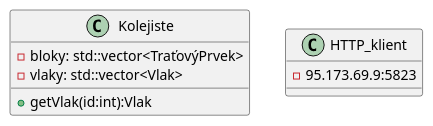
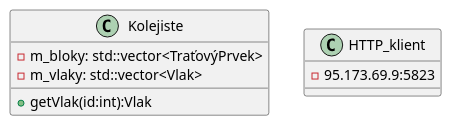
Before and after one commit to LANeo64/RKDlib: the diagram in Model/Class_engine.adoc, drawn with PlantUML. The commit also changed 8 other files, not shown here.

```diff
--- a/Model/Class_engine.adoc
+++ b/Model/Class_engine.adoc
@@ -1,25 +1,25 @@
 [plantuml, "Class-engine", png]
 ....
 '###############################################################################
 ' definice tříd zde
 '###############################################################################
 
 class Kolejiste {
-	- bloky: std::vector<TraťovýPrvek>
-	- vlaky: std::vector<Vlak>
+	- m_bloky: std::vector<TraťovýPrvek>
+	- m_vlaky: std::vector<Vlak>
 	+ getVlak(id:int):Vlak
 }
 
 class HTTP_klient {
 	- 95.173.69.9:5823
 }
 
 '###############################################################################
 ' poznámky k třídám
 '###############################################################################
 
 
 '###############################################################################
 ' linky, asociace, agregace, kompozice a dědičnosti zde
 '###############################################################################
 ....
```
